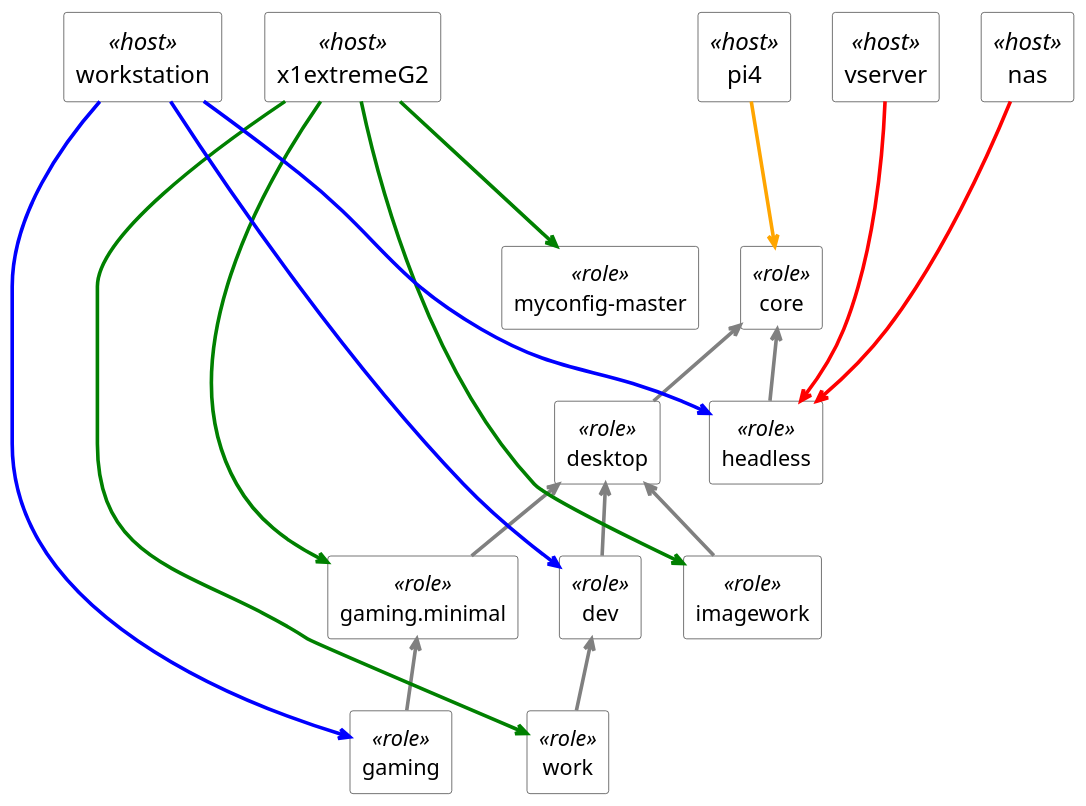
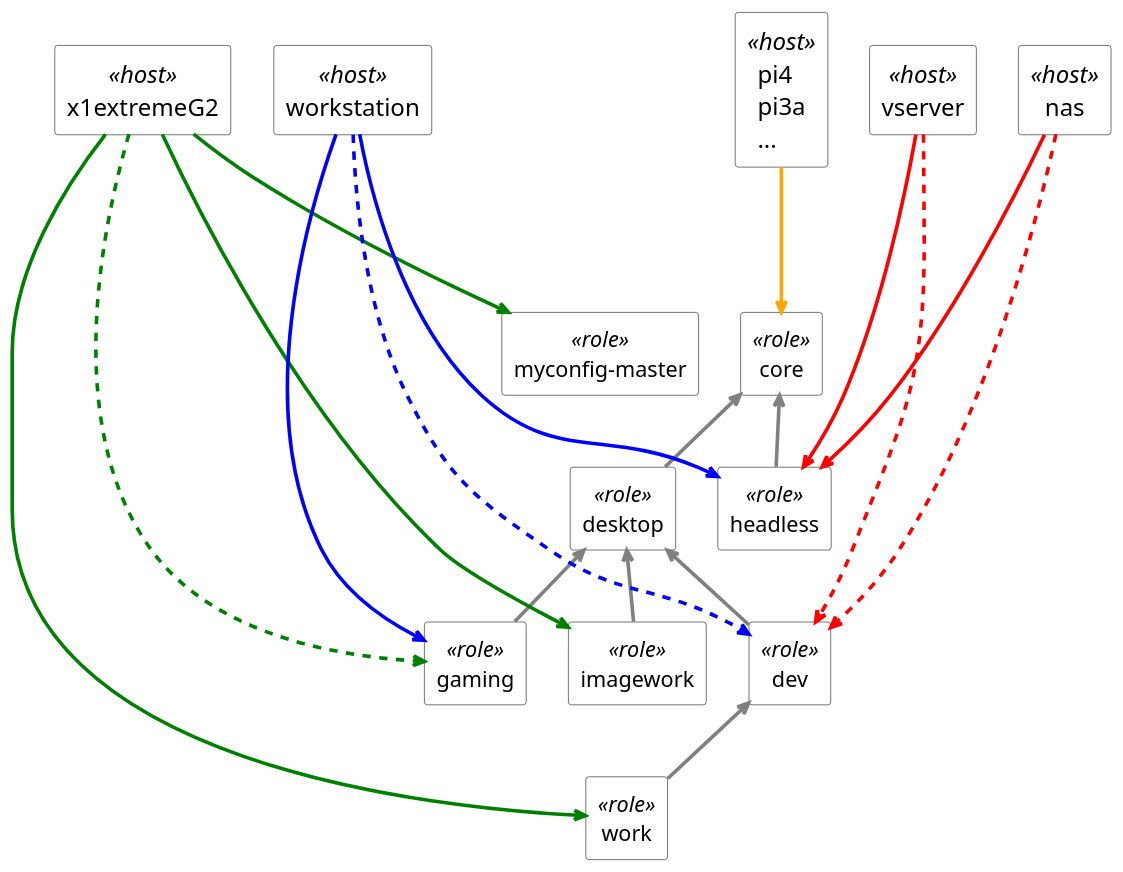
Before and after one commit to maxhbr/myconfig: the diagram in README.puml, drawn with PlantUML. The commit also changed 15 other files, not shown here.

```diff
--- a/README.puml
+++ b/README.puml
@@ -1,64 +1,63 @@
 skinparam Arrow {
     Color #gray
     FontSize 16
     Thickness 3
 }
 
 skinparam rectangle<<role>> {
     BackgroundColor white
     FontSize 18
 }
 
 skinparam rectangle<<host>> {
     BackgroundColor white
     FontSize 20
 }
 
 ' Roles
 '################################################
 together {
 rectangle core <<role>>
 rectangle headless <<role>>
 rectangle desktop <<role>>
 rectangle dev <<role>>
 rectangle gaming <<role>>
-rectangle gaming.minimal <<role>>
 rectangle imagework <<role>>
 rectangle work <<role>>
 rectangle "myconfig-master" <<role>> as master
 
 core <-- headless
 core <-- desktop
 desktop <-- dev
-desktop <-- gaming.minimal 
-gaming.minimal<-- gaming
+desktop <-- gaming
 desktop <-- imagework
 dev <-- work
 }
 
 ' Hosts
 '################################################
-
 together {
 rectangle x1extremeG2 <<host>>
 x1extremeG2 -[#green]--> work
-x1extremeG2 -[#green]--> gaming.minimal
+x1extremeG2 -[#green,dashed]--> gaming
 x1extremeG2 -[#green]--> imagework
 x1extremeG2 -[#green]--> master
 
 rectangle workstation <<host>>
 workstation -[#blue]--> gaming
-workstation -[#blue]--> dev
+workstation -[#blue,dashed]--> dev
 workstation -[#blue]--> headless
 }
 
 together {
 rectangle nas <<host>>
 nas -[#red]--> headless
+nas -[#red,dashed]--> dev
 
 rectangle vserver <<host>>
 vserver -[#red]--> headless
+vserver -[#red,dashed]--> dev
 
-rectangle pi4 <<host>>
-pi4 -[#orange]--> core
+rectangle "pi4\npi3a\n..." <<host>> as pis
+pis -[#orange]--> core
 }
```
